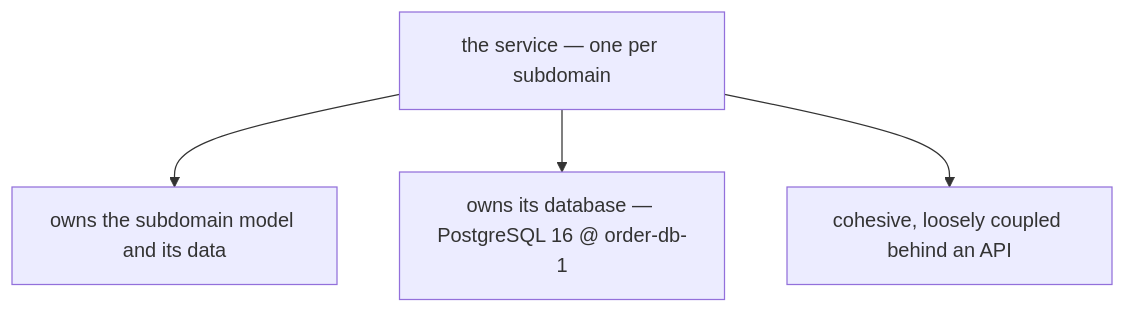
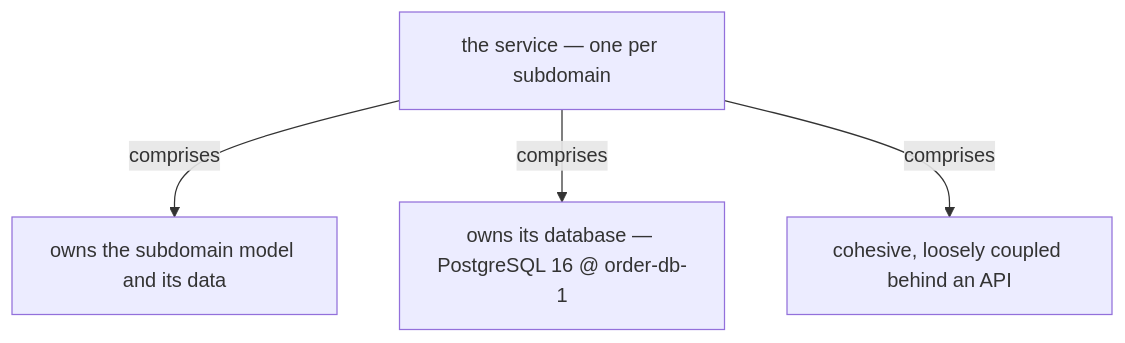
One commit to vinayakuber/microservices-io-study-guide changed the seventh of 13 diagrams in docs/ch04-decompose-by-subdomain.md. Above: the diagram before and after it, drawn with Mermaid. The commit also changed other lines of this file and 71 other files, not shown here.

First line of the commit message:
R18: label every diagram arrow with its meaning

````diff
--- a/docs/ch04-decompose-by-subdomain.md
+++ b/docs/ch04-decompose-by-subdomain.md
@@ -238,7 +238,7 @@
 ```mermaid
 flowchart TD
   R["the service — one per subdomain"]
-  R --> P0["owns the subdomain model and its data"]
-  R --> P1["owns its database — PostgreSQL 16 @ order-db-1"]
-  R --> P2["cohesive, loosely coupled behind an API"]
+  R -->|"comprises"| P0["owns the subdomain model and its data"]
+  R -->|"comprises"| P1["owns its database — PostgreSQL 16 @ order-db-1"]
+  R -->|"comprises"| P2["cohesive, loosely coupled behind an API"]
 ```
````
